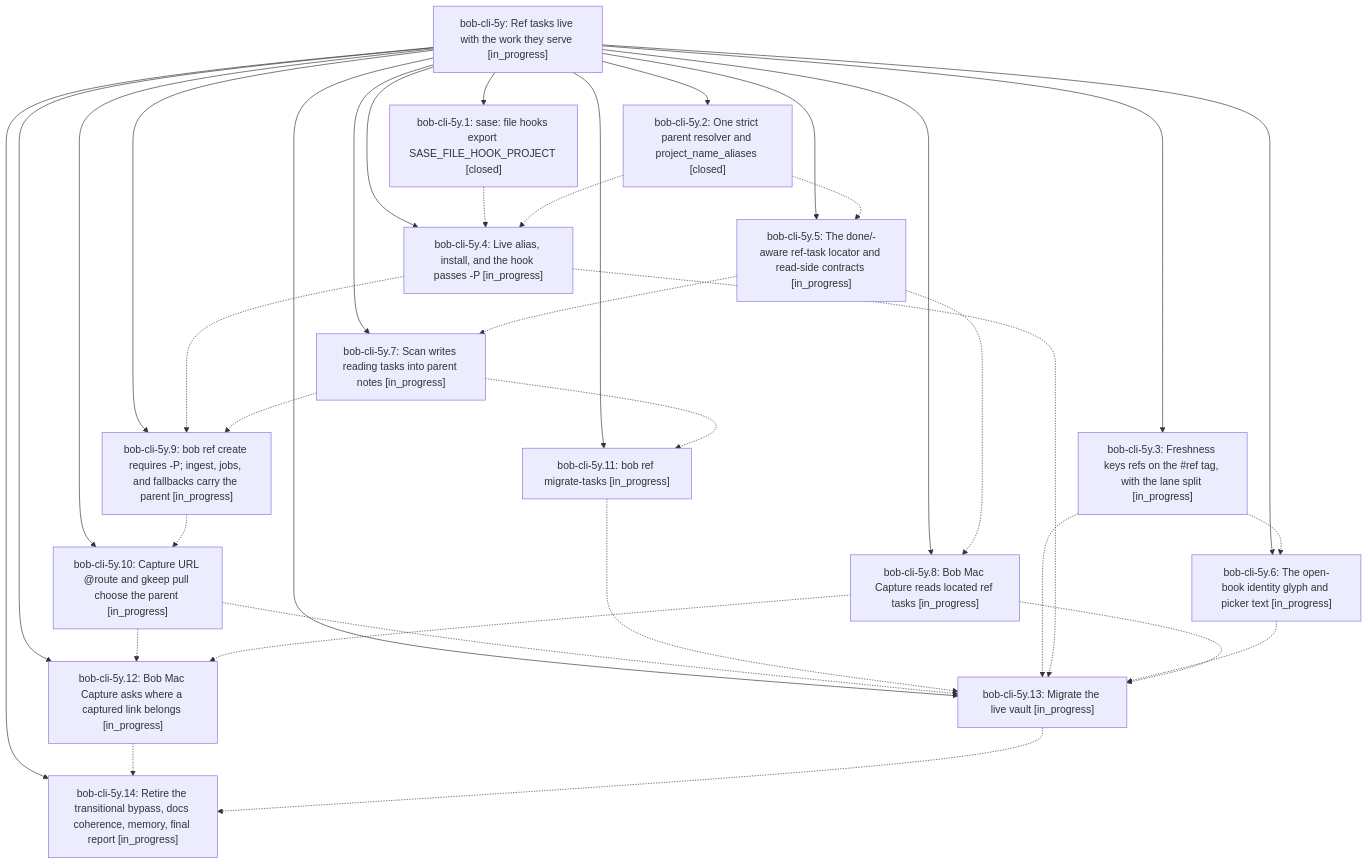
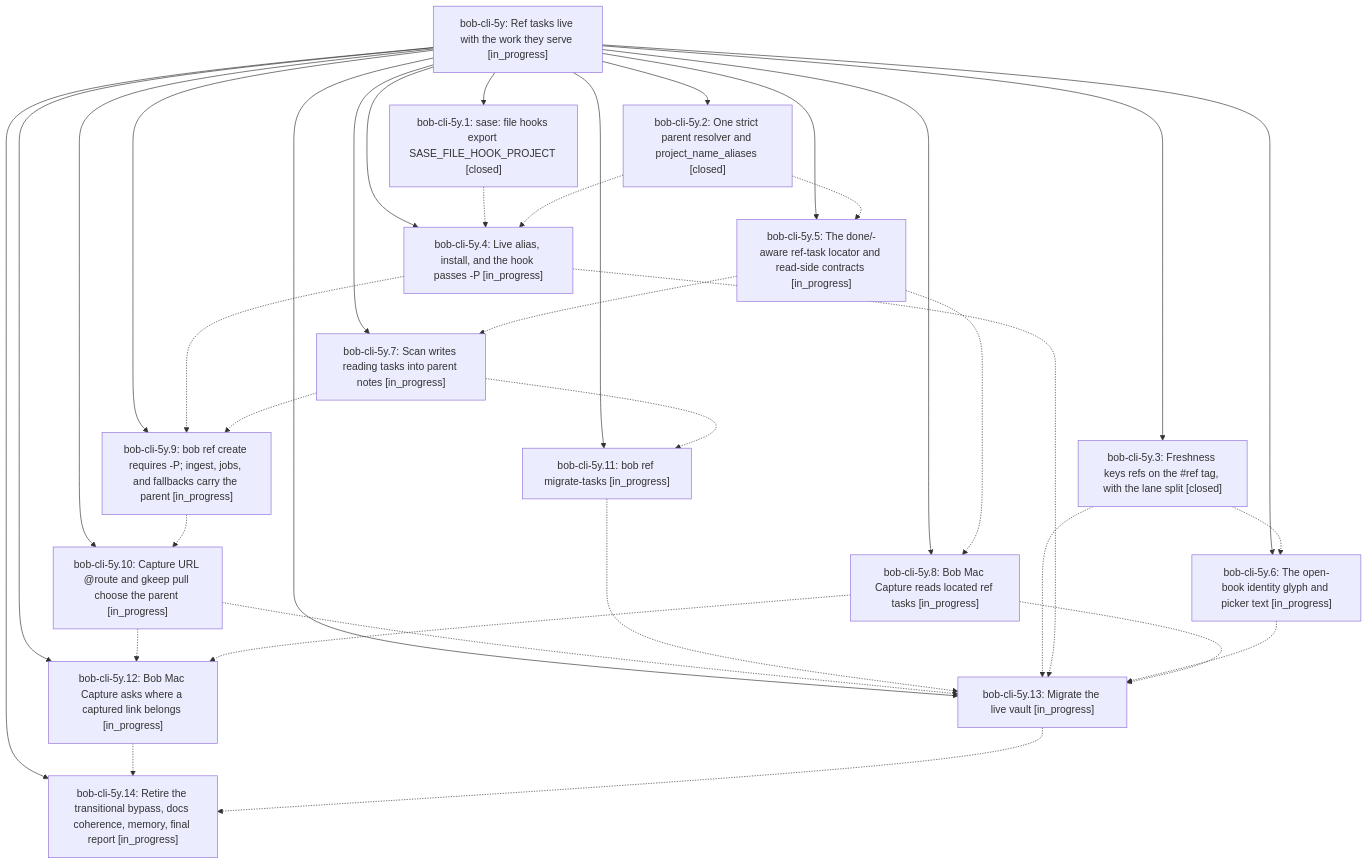
Before and after one commit to bobs-org/bob-cli--beads: the diagram in pages/bob-cli-5y/README.md, drawn with Mermaid. The commit also changed other lines of this file and 4 other files, not shown here.

First line of the commit message:
chore(beads): sync bead state and pages for bob-cli-5y

````diff
--- a/pages/bob-cli-5y/README.md
+++ b/pages/bob-cli-5y/README.md
@@ -35,52 +47,52 @@
 ```mermaid
 flowchart TD
     n0["bob-cli-5y: Ref tasks live with the work they serve [in_progress]"]
     n1["bob-cli-5y.1: sase: file hooks export SASE_FILE_HOOK_PROJECT [closed]"]
     n2["bob-cli-5y.10: Capture URL @route and gkeep pull choose the parent [in_progress]"]
     n3["bob-cli-5y.11: bob ref migrate-tasks [in_progress]"]
     n4["bob-cli-5y.12: Bob Mac Capture asks where a captured link belongs [in_progress]"]
     n5["bob-cli-5y.13: Migrate the live vault [in_progress]"]
     n6["bob-cli-5y.14: Retire the transitional bypass, docs coherence, memory, final report [in_progress]"]
     n7["bob-cli-5y.2: One strict parent resolver and project_name_aliases [closed]"]
-    n8["bob-cli-5y.3: Freshness keys refs on the #ref tag, with the lane split [in_progress]"]
+    n8["bob-cli-5y.3: Freshness keys refs on the #ref tag, with the lane split [closed]"]
     n9["bob-cli-5y.4: Live alias, install, and the hook passes -P [in_progress]"]
     n10["bob-cli-5y.5: The done/-aware ref-task locator and read-side contracts [in_progress]"]
     n11["bob-cli-5y.6: The open-book identity glyph and picker text [in_progress]"]
     n12["bob-cli-5y.7: Scan writes reading tasks into parent notes [in_progress]"]
     n13["bob-cli-5y.8: Bob Mac Capture reads located ref tasks [in_progress]"]
     n14["bob-cli-5y.9: bob ref create requires -P; ingest, jobs, and fallbacks carry the parent [in_progress]"]
     n0 --> n1
     n0 --> n2
     n0 --> n3
     n0 --> n4
     n0 --> n5
     n0 --> n6
     n0 --> n7
     n0 --> n8
     n0 --> n9
     n0 --> n10
     n0 --> n11
     n0 --> n12
     n0 --> n13
     n0 --> n14
     n1 -.-> n9
     n2 -.-> n4
     n2 -.-> n5
     n3 -.-> n5
     n4 -.-> n6
     n5 -.-> n6
     n7 -.-> n9
     n7 -.-> n10
     n8 -.-> n5
     n8 -.-> n11
     n9 -.-> n5
     n9 -.-> n14
     n10 -.-> n12
     n10 -.-> n13
     n11 -.-> n5
     n12 -.-> n3
     n12 -.-> n14
     n13 -.-> n4
     n13 -.-> n5
     n14 -.-> n2
 ```
````
